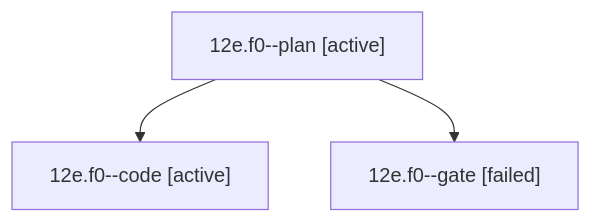
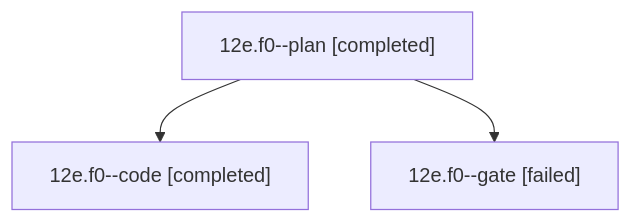
Before and after one commit to bobs-org/bob-cli--agents: the diagram in sessions/bbugyi200.athena.12e.f0.md, drawn with Mermaid. The commit also changed other lines of this file and 42 other files, not shown here.

````diff
--- a/sessions/bbugyi200.athena.12e.f0.md
+++ b/sessions/bbugyi200.athena.12e.f0.md
@@ -9,8 +9,8 @@
 ```mermaid
 flowchart TD
-  n0["12e.f0--plan [active]"]
-  n1["12e.f0--code [active]"]
+  n0["12e.f0--plan [completed]"]
+  n1["12e.f0--code [completed]"]
   n0 --> n1
   n2["12e.f0--gate [failed]"]
   n0 --> n2
 ```
````
